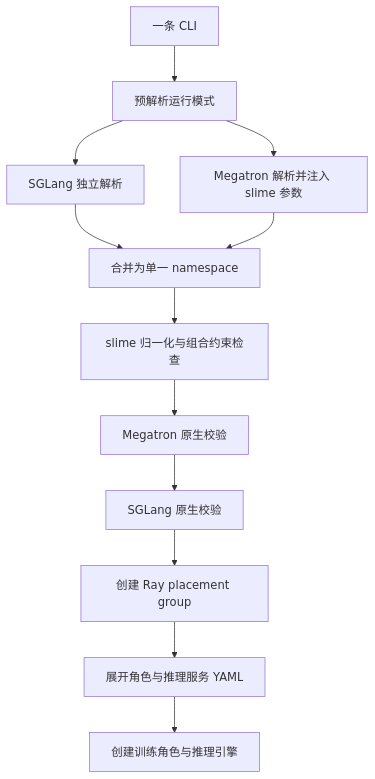
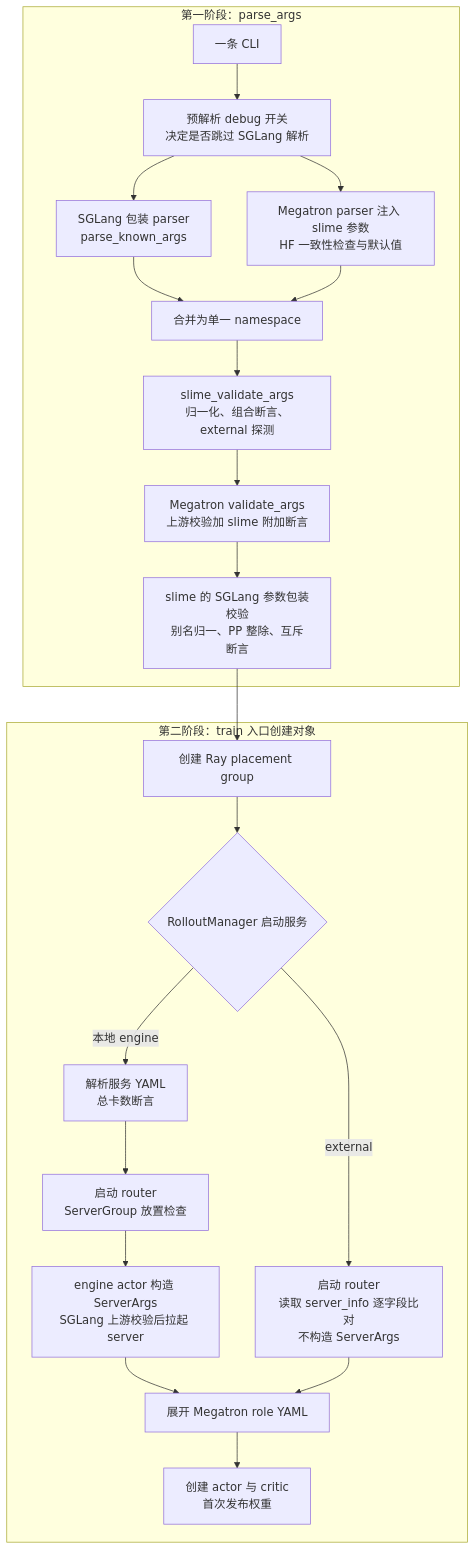
The diagram in wiki/02_engineering/04_posttrain_frameworks/slime/02_slime_quickstart_and_configuration_guide.md (suhaibo666/llm-knowledge), drawn with Mermaid before and after one commit. The commit also changed other lines of this file and 223 other files, not shown here.

````diff
--- a/wiki/02_engineering/04_posttrain_frameworks/slime/02_slime_quickstart_and_configuration_guide.md
+++ b/wiki/02_engineering/04_posttrain_frameworks/slime/02_slime_quickstart_and_configuration_guide.md
@@ -57,14 +129,24 @@
 ```mermaid
 flowchart TB
-    CLI["一条 CLI"] --> PRE["预解析运行模式"]
-    PRE --> SGL["SGLang 独立解析"]
-    PRE --> MEG["Megatron 解析并注入 slime 参数"]
-    SGL --> NS["合并为单一 namespace"]
-    MEG --> NS
-    NS --> SV["slime 归一化与组合约束检查"]
-    SV --> MV["Megatron 原生校验"]
-    MV --> GV["SGLang 原生校验"]
-    GV --> RAY["创建 Ray placement group"]
-    RAY --> YAML["展开角色与推理服务 YAML"]
-    YAML --> OBJ["创建训练角色与推理引擎"]
+    subgraph P1["第一阶段：parse_args"]
+        CLI["一条 CLI"] --> PRE["预解析 debug 开关<br/>决定是否跳过 SGLang 解析"]
+        PRE --> SGL["SGLang 包装 parser<br/>parse_known_args"]
+        PRE --> MEG["Megatron parser 注入 slime 参数<br/>HF 一致性检查与默认值"]
+        SGL --> NS["合并为单一 namespace"]
+        MEG --> NS
+        NS --> SV["slime_validate_args<br/>归一化、组合断言、external 探测"]
+        SV --> MV["Megatron validate_args<br/>上游校验加 slime 附加断言"]
+        MV --> GV["slime 的 SGLang 参数包装校验<br/>别名归一、PP 整除、互斥断言"]
+    end
+    subgraph P2["第二阶段：train 入口创建对象"]
+        RAY["创建 Ray placement group"] --> MODE{RolloutManager 启动服务}
+        MODE -->|本地 engine| YML["解析服务 YAML<br/>总卡数断言"]
+        YML --> RT["启动 router<br/>ServerGroup 放置检查"]
+        RT --> SA["engine actor 构造 ServerArgs<br/>SGLang 上游校验后拉起 server"]
+        MODE -->|external| EX["启动 router<br/>读取 server_info 逐字段比对<br/>不构造 ServerArgs"]
+        SA --> ROLE["展开 Megatron role YAML"]
+        EX --> ROLE
+        ROLE --> OBJ["创建 actor 与 critic<br/>首次发布权重"]
+    end
+    GV --> RAY
 ```
````
